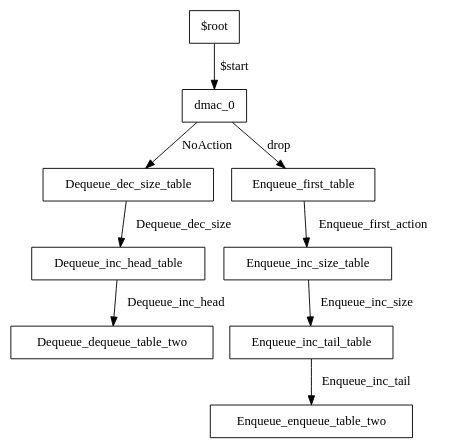
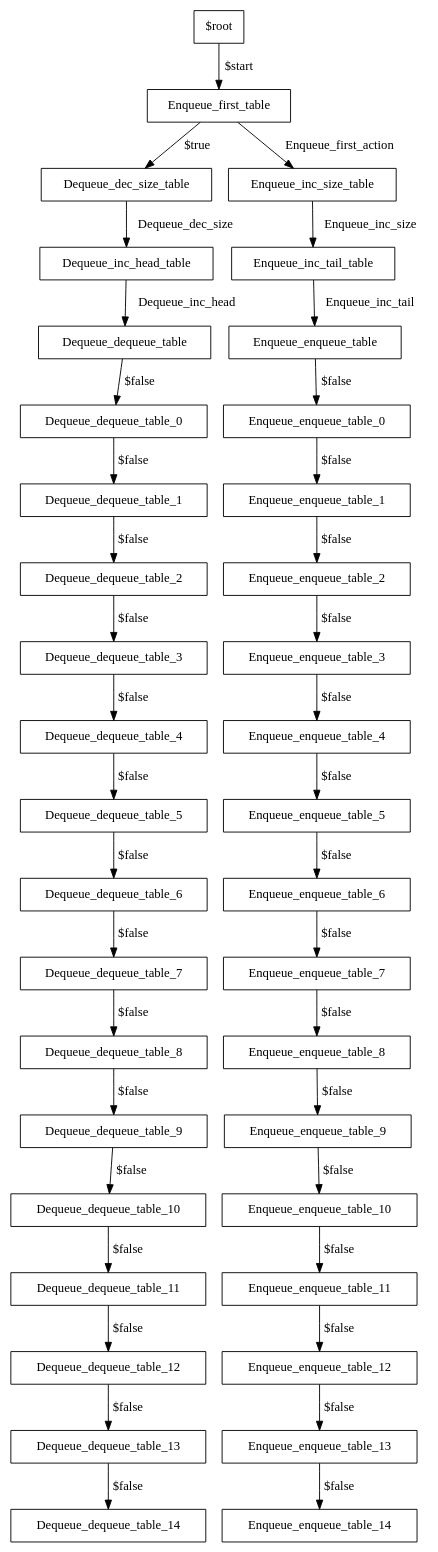
One commit to katcheng902/ring-buffer-hw changed the diagram in build/multiple_buffers/tofino/pipe/graphs/ingress.power.dot. Above: the diagram before and after it, drawn with Graphviz. The commit also changed 149 other files, not shown here.

```diff
--- a/build/multiple_buffers/tofino/pipe/graphs/ingress.power.dot
+++ b/build/multiple_buffers/tofino/pipe/graphs/ingress.power.dot
@@ -1,19 +1,77 @@
 digraph ingress {
 0 [label="$root" shape=box color="black"];
 3 [label="Dequeue_dec_size_table" shape=box color="black"];
-8 [label="Dequeue_dequeue_table_two" shape=box color="black"];
-7 [label="Dequeue_inc_head_table" shape=box color="black"];
-6 [label="Enqueue_enqueue_table_two" shape=box color="black"];
-2 [label="Enqueue_first_table" shape=box color="black"];
-4 [label="Enqueue_inc_size_table" shape=box color="black"];
-5 [label="Enqueue_inc_tail_table" shape=box color="black"];
-1 [label="dmac_0" shape=box color="black"];
+5 [label="Dequeue_dequeue_table" shape=box color="black"];
+6 [label="Dequeue_dequeue_table_0" shape=box color="black"];
+7 [label="Dequeue_dequeue_table_1" shape=box color="black"];
+16 [label="Dequeue_dequeue_table_10" shape=box color="black"];
+17 [label="Dequeue_dequeue_table_11" shape=box color="black"];
+18 [label="Dequeue_dequeue_table_12" shape=box color="black"];
+19 [label="Dequeue_dequeue_table_13" shape=box color="black"];
+20 [label="Dequeue_dequeue_table_14" shape=box color="black"];
+8 [label="Dequeue_dequeue_table_2" shape=box color="black"];
+9 [label="Dequeue_dequeue_table_3" shape=box color="black"];
+10 [label="Dequeue_dequeue_table_4" shape=box color="black"];
+11 [label="Dequeue_dequeue_table_5" shape=box color="black"];
+12 [label="Dequeue_dequeue_table_6" shape=box color="black"];
+13 [label="Dequeue_dequeue_table_7" shape=box color="black"];
+14 [label="Dequeue_dequeue_table_8" shape=box color="black"];
+15 [label="Dequeue_dequeue_table_9" shape=box color="black"];
+4 [label="Dequeue_inc_head_table" shape=box color="black"];
+22 [label="Enqueue_enqueue_table" shape=box color="black"];
+23 [label="Enqueue_enqueue_table_0" shape=box color="black"];
+24 [label="Enqueue_enqueue_table_1" shape=box color="black"];
+33 [label="Enqueue_enqueue_table_10" shape=box color="black"];
+34 [label="Enqueue_enqueue_table_11" shape=box color="black"];
+35 [label="Enqueue_enqueue_table_12" shape=box color="black"];
+36 [label="Enqueue_enqueue_table_13" shape=box color="black"];
+37 [label="Enqueue_enqueue_table_14" shape=box color="black"];
+25 [label="Enqueue_enqueue_table_2" shape=box color="black"];
+26 [label="Enqueue_enqueue_table_3" shape=box color="black"];
+27 [label="Enqueue_enqueue_table_4" shape=box color="black"];
+28 [label="Enqueue_enqueue_table_5" shape=box color="black"];
+29 [label="Enqueue_enqueue_table_6" shape=box color="black"];
+30 [label="Enqueue_enqueue_table_7" shape=box color="black"];
+31 [label="Enqueue_enqueue_table_8" shape=box color="black"];
+32 [label="Enqueue_enqueue_table_9" shape=box color="black"];
+1 [label="Enqueue_first_table" shape=box color="black"];
+2 [label="Enqueue_inc_size_table" shape=box color="black"];
+21 [label="Enqueue_inc_tail_table" shape=box color="black"];
 0-> 1 [label="$start" color="black"];
-3-> 7 [label="Dequeue_dec_size" color="black"];
-7-> 8 [label="Dequeue_inc_head" color="black"];
-2-> 4 [label="Enqueue_first_action" color="black"];
-4-> 5 [label="Enqueue_inc_size" color="black"];
-5-> 6 [label="Enqueue_inc_tail" color="black"];
-1-> 2 [label="drop" color="black"];
-1-> 3 [label="NoAction" color="black"];
+3-> 4 [label="Dequeue_dec_size" color="black"];
+5-> 6 [label="$false" color="black"];
+6-> 7 [label="$false" color="black"];
+7-> 8 [label="$false" color="black"];
+16-> 17 [label="$false" color="black"];
+17-> 18 [label="$false" color="black"];
+18-> 19 [label="$false" color="black"];
+19-> 20 [label="$false" color="black"];
+8-> 9 [label="$false" color="black"];
+9-> 10 [label="$false" color="black"];
+10-> 11 [label="$false" color="black"];
+11-> 12 [label="$false" color="black"];
+12-> 13 [label="$false" color="black"];
+13-> 14 [label="$false" color="black"];
+14-> 15 [label="$false" color="black"];
+15-> 16 [label="$false" color="black"];
+4-> 5 [label="Dequeue_inc_head" color="black"];
+22-> 23 [label="$false" color="black"];
+23-> 24 [label="$false" color="black"];
+24-> 25 [label="$false" color="black"];
+33-> 34 [label="$false" color="black"];
+34-> 35 [label="$false" color="black"];
+35-> 36 [label="$false" color="black"];
+36-> 37 [label="$false" color="black"];
+25-> 26 [label="$false" color="black"];
+26-> 27 [label="$false" color="black"];
+27-> 28 [label="$false" color="black"];
+28-> 29 [label="$false" color="black"];
+29-> 30 [label="$false" color="black"];
+30-> 31 [label="$false" color="black"];
+31-> 32 [label="$false" color="black"];
+32-> 33 [label="$false" color="black"];
+1-> 2 [label="Enqueue_first_action" color="black"];
+1-> 3 [label="$true" color="black"];
+2-> 21 [label="Enqueue_inc_size" color="black"];
+21-> 22 [label="Enqueue_inc_tail" color="black"];
 }
```
